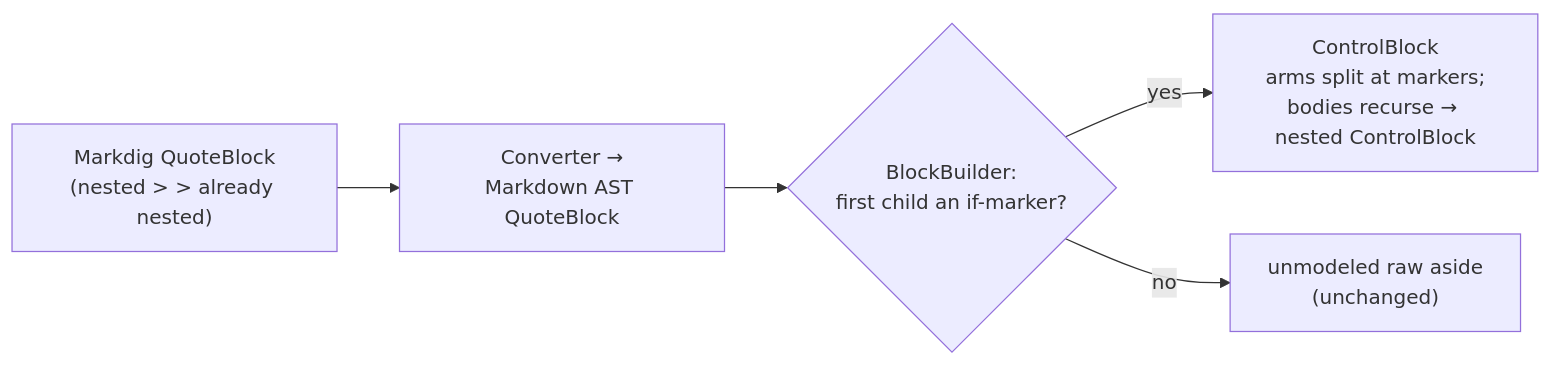
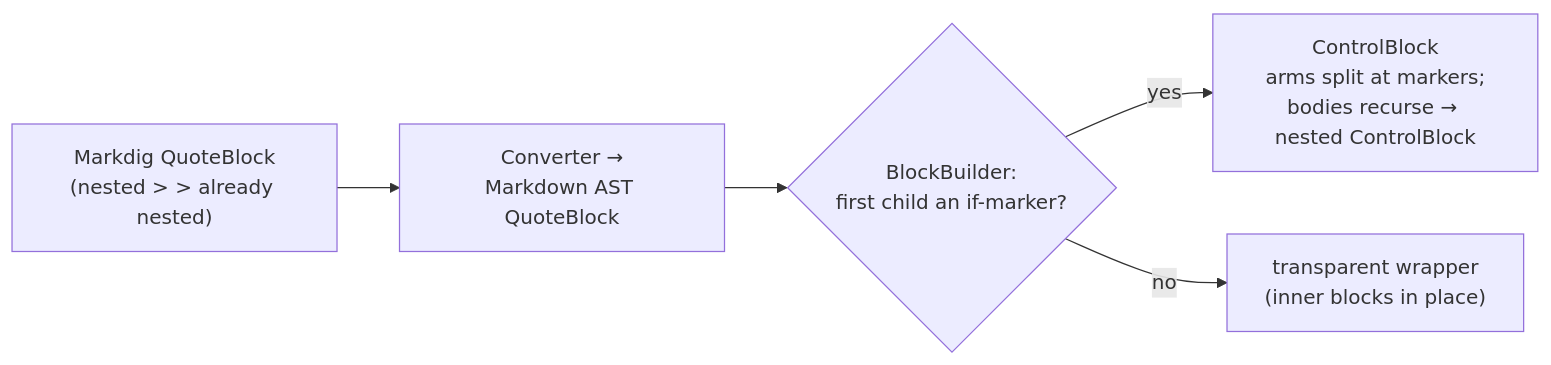
Before and after one commit to pengzhengyi/dialoguedown: the diagram in docs/contributing/design-notes/Block Controls.md, drawn with Mermaid. The commit also changed other lines of this file and 7 other files, not shown here.

````diff
--- a/docs/contributing/design-notes/Block Controls.md
+++ b/docs/contributing/design-notes/Block Controls.md
@@ -240,7 +240,7 @@
 ```mermaid
 flowchart LR
     MD["Markdig QuoteBlock<br/>(nested > > already nested)"] --> CV["Converter →<br/>Markdown AST QuoteBlock"]
     CV --> BB{"BlockBuilder:<br/>first child an if-marker?"}
     BB -->|"yes"| CB["ControlBlock<br/>arms split at markers;<br/>bodies recurse → nested ControlBlock"]
-    BB -->|"no"| RAW["unmodeled raw aside<br/>(unchanged)"]
+    BB -->|"no"| RAW["transparent wrapper<br/>(inner blocks in place)"]
 ```
````
